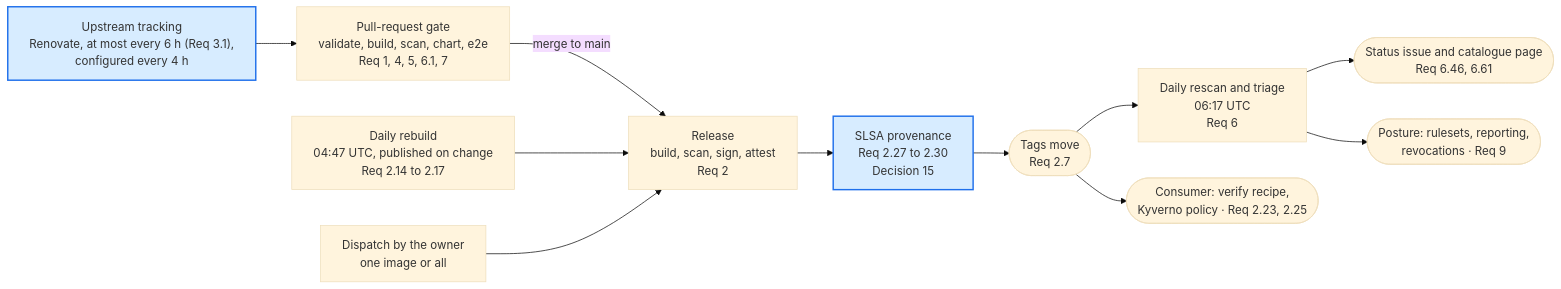
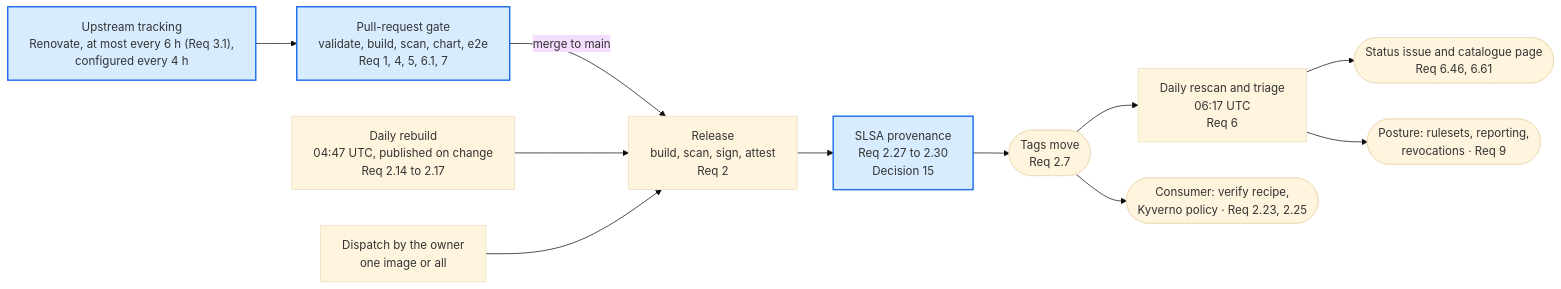
Before and after one commit to mm-weber/dhc-pipeline: the first of 15 diagrams in docs/lanes.md, drawn with Mermaid (base theme). The commit also changed other lines of this file, not shown here.

First line of the commit message:
docs: the pull-request gate lane drawn (plan 5.1; task 19.6)

````diff
--- a/docs/lanes.md
+++ b/docs/lanes.md
@@ -9,16 +9,16 @@
 ```mermaid
 %%{init: {"flowchart": {"wrappingWidth": 340}}}%%
 flowchart LR
     U["Upstream tracking<br/>Renovate, at most every 6 h (Req 3.1),<br/>configured every 4 h"] --> G["Pull-request gate<br/>validate, build, scan, chart, e2e<br/>Req 1, 4, 5, 6.1, 7"]
     G -->|merge to main| R["Release<br/>build, scan, sign, attest<br/>Req 2"]
     S["Daily rebuild<br/>04:47 UTC, published on change<br/>Req 2.14 to 2.17"] --> R
     DSP["Dispatch by the owner<br/>one image or all"] --> R
     R --> P["SLSA provenance<br/>Req 2.27 to 2.30<br/>Decision 15"]
     P --> T(["Tags move<br/>Req 2.7"])
     T --> D["Daily rescan and triage<br/>06:17 UTC<br/>Req 6"]
     D --> ST(["Status issue and catalogue page<br/>Req 6.46, 6.61"])
     D --> GOV(["Posture: rulesets, reporting,<br/>revocations · Req 9"])
     T --> C(["Consumer: verify recipe,<br/>Kyverno policy · Req 2.23, 2.25"])
     classDef drawn fill:#d7ecff,stroke:#1f6feb,stroke-width:2px
-    class U,P drawn
+    class U,G,P drawn
 ```
````
